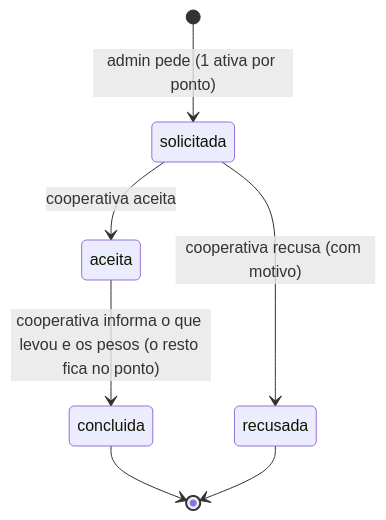
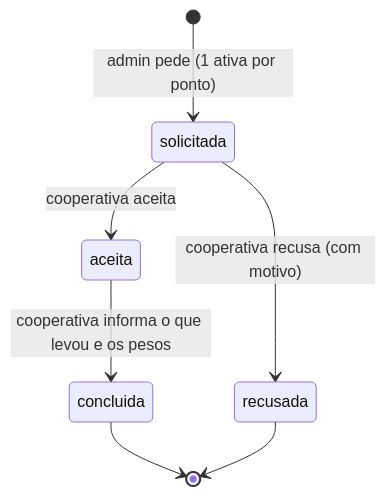
The first of 2 diagrams in docs/pesquisa/capacidade-e-execucao-da-coleta.md (Residuum-Organization/residuum-documentacao), drawn with Mermaid before and after one commit. The commit also changed other lines of this file and 15 other files, not shown here.

````diff
--- a/docs/pesquisa/capacidade-e-execucao-da-coleta.md
+++ b/docs/pesquisa/capacidade-e-execucao-da-coleta.md
@@ -55,9 +45,9 @@
 ```mermaid
 stateDiagram-v2
   [*] --> solicitada: admin pede (1 ativa por ponto)
   solicitada --> aceita: cooperativa aceita
   solicitada --> recusada: cooperativa recusa (com motivo)
-  aceita --> concluida: cooperativa informa o que levou e os pesos (o resto fica no ponto)
+  aceita --> concluida: cooperativa informa o que levou e os pesos
   concluida --> [*]
   recusada --> [*]
 ```
````
